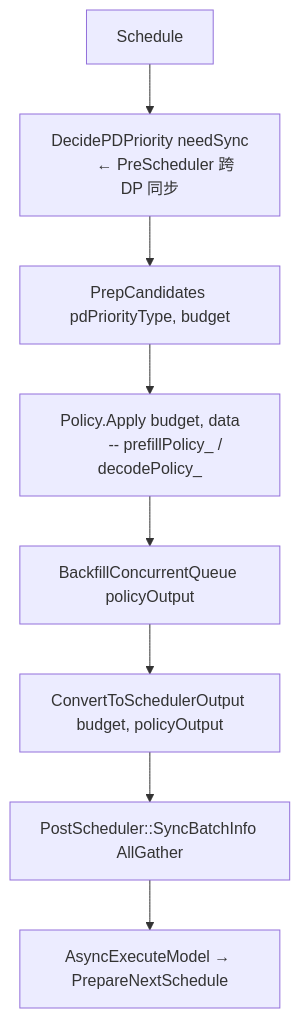
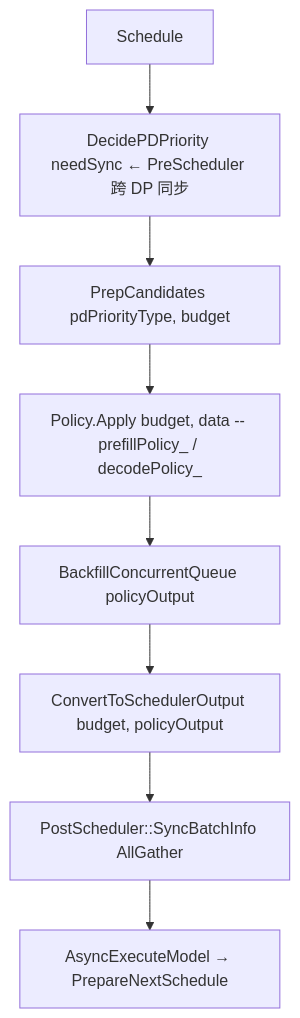
The second of 2 diagrams in docs/topics/scheduler.md (Lyr-GW/interview-docs), drawn with Mermaid before and after one commit. The commit also changed other lines of this file and 6 other files, not shown here.

Commit message:
fix: collapse multiline mermaid labels to single line

````diff
--- a/docs/topics/scheduler.md
+++ b/docs/topics/scheduler.md
@@ -86,12 +83,10 @@
 ```mermaid
 flowchart TB
-    A[Schedule] --> B[DecidePDPriority needSync
-        ← PreScheduler 跨 DP 同步]
+    A[Schedule] --> B[DecidePDPriority needSync ← PreScheduler 跨 DP 同步]
     B --> C[PrepCandidates pdPriorityType, budget]
-    C --> D[Policy.Apply budget, data
-        -- prefillPolicy_ / decodePolicy_]
+    C --> D[Policy.Apply budget, data -- prefillPolicy_ / decodePolicy_]
     D --> E[BackfillConcurrentQueue policyOutput]
     E --> F[ConvertToSchedulerOutput budget, policyOutput]
     F --> G[PostScheduler::SyncBatchInfo AllGather]
     G --> H[AsyncExecuteModel → PrepareNextSchedule]
 ```
````
